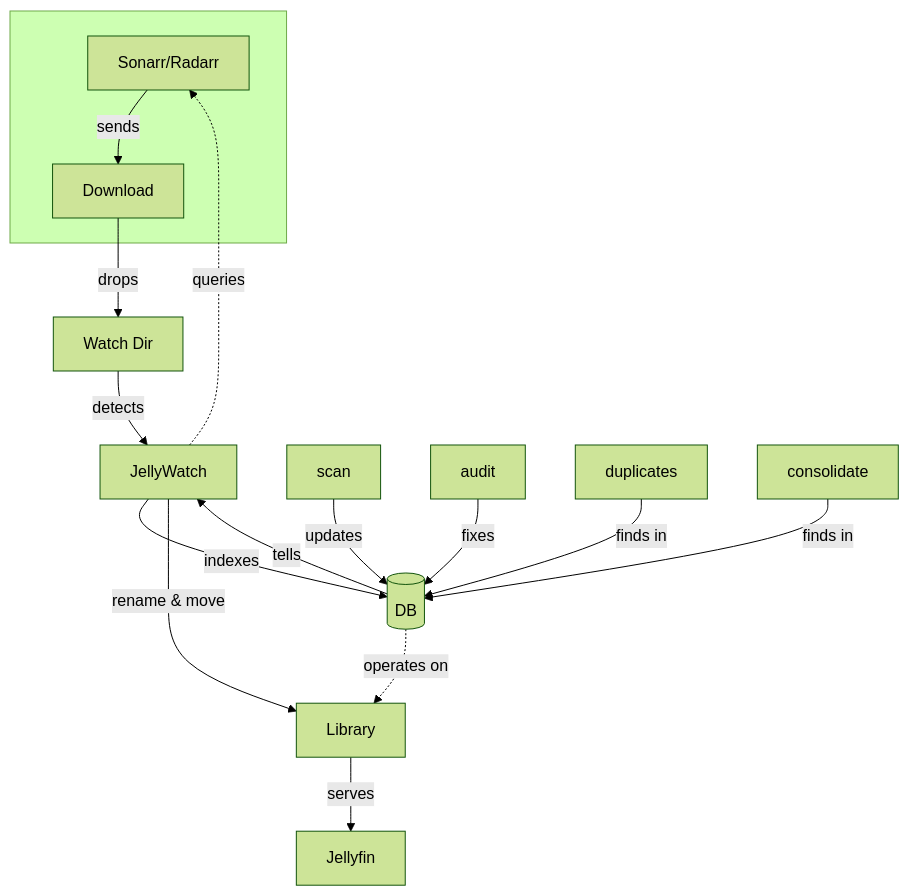
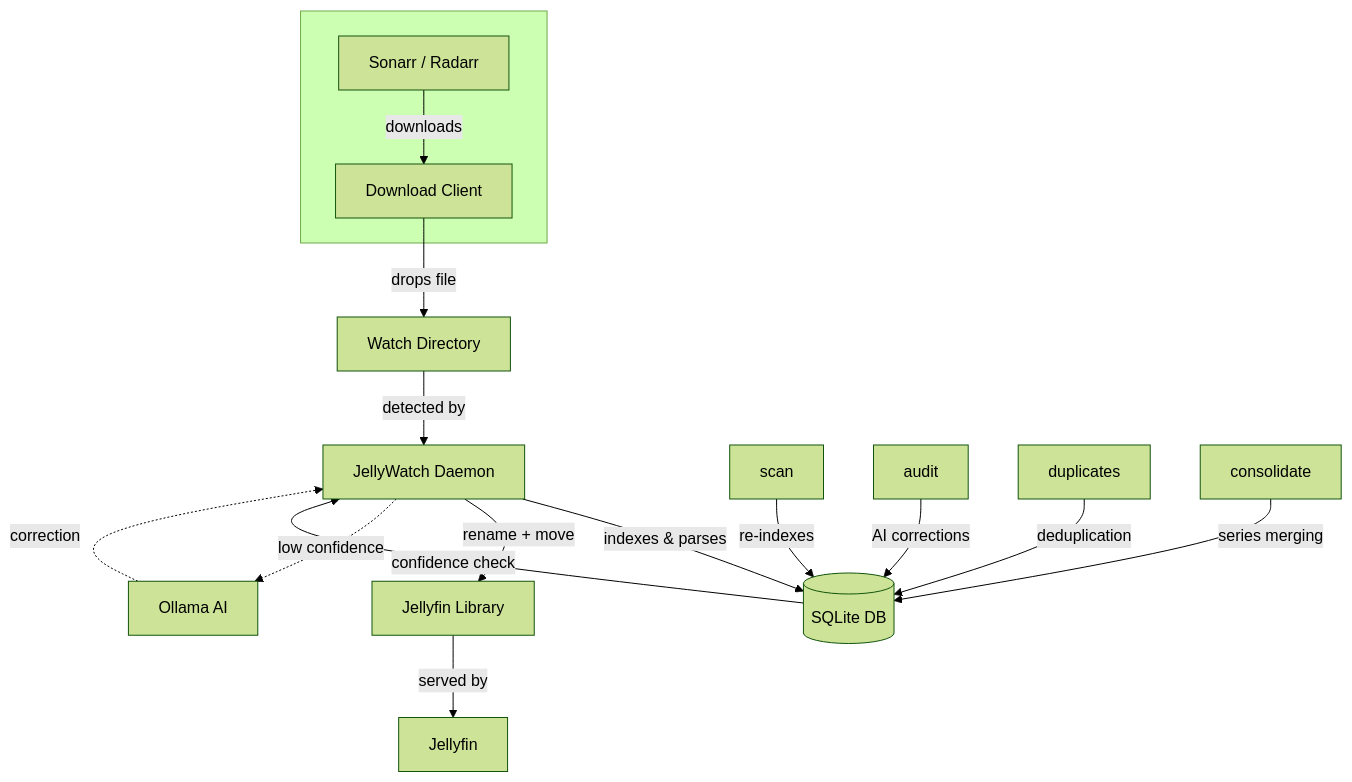
The diagram in README.md (Nomadcxx/jellywatch), drawn with Mermaid (forest theme) before and after one commit. The commit also changed other lines of this file and 1 other file, not shown here.

````diff
--- a/README.md
+++ b/README.md
@@ -29,23 +29,23 @@
 ```mermaid
 flowchart TB
     subgraph Input[" "]
-        A[Sonarr/Radarr] -->|sends| B[Download]
+        A[Sonarr / Radarr] -->|downloads| B[Download Client]
     end
 
-    B -->|drops| C[Watch Dir]
-    C -->|detects| D[JellyWatch]
+    B -->|drops file| C[Watch Directory]
+    C -->|detected by| D[JellyWatch Daemon]
 
-    D -->|indexes| DB[(DB)]
-    DB -->|tells| D
+    D -->|indexes & parses| DB[(SQLite DB)]
+    DB -->|confidence check| D
 
-    D -->|rename & move| E[Library]
-    E -->|serves| F[Jellyfin]
+    D -->|rename + move| E[Jellyfin Library]
+    E -->|served by| F[Jellyfin]
 
-    D -.->|queries| A
+    D -.->|low confidence| G[Ollama AI]
+    G -.->|correction| D
 
-    G[scan] -->|updates| DB
-    H[audit] -->|fixes| DB
-    I[duplicates] -->|finds in| DB
-    J[consolidate] -->|finds in| DB
-    DB -.->|operates on| E
+    H[scan] -->|re-indexes| DB
+    I[audit] -->|AI corrections| DB
+    J[duplicates] -->|deduplication| DB
+    K[consolidate] -->|series merging| DB
 ```
````
